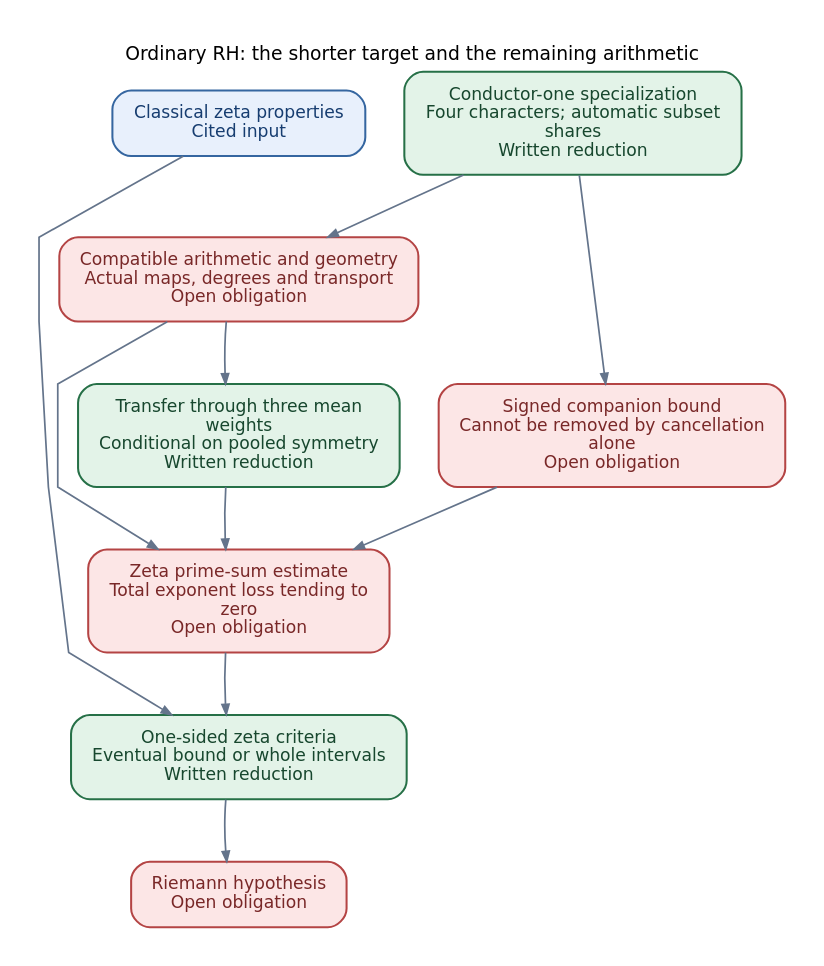
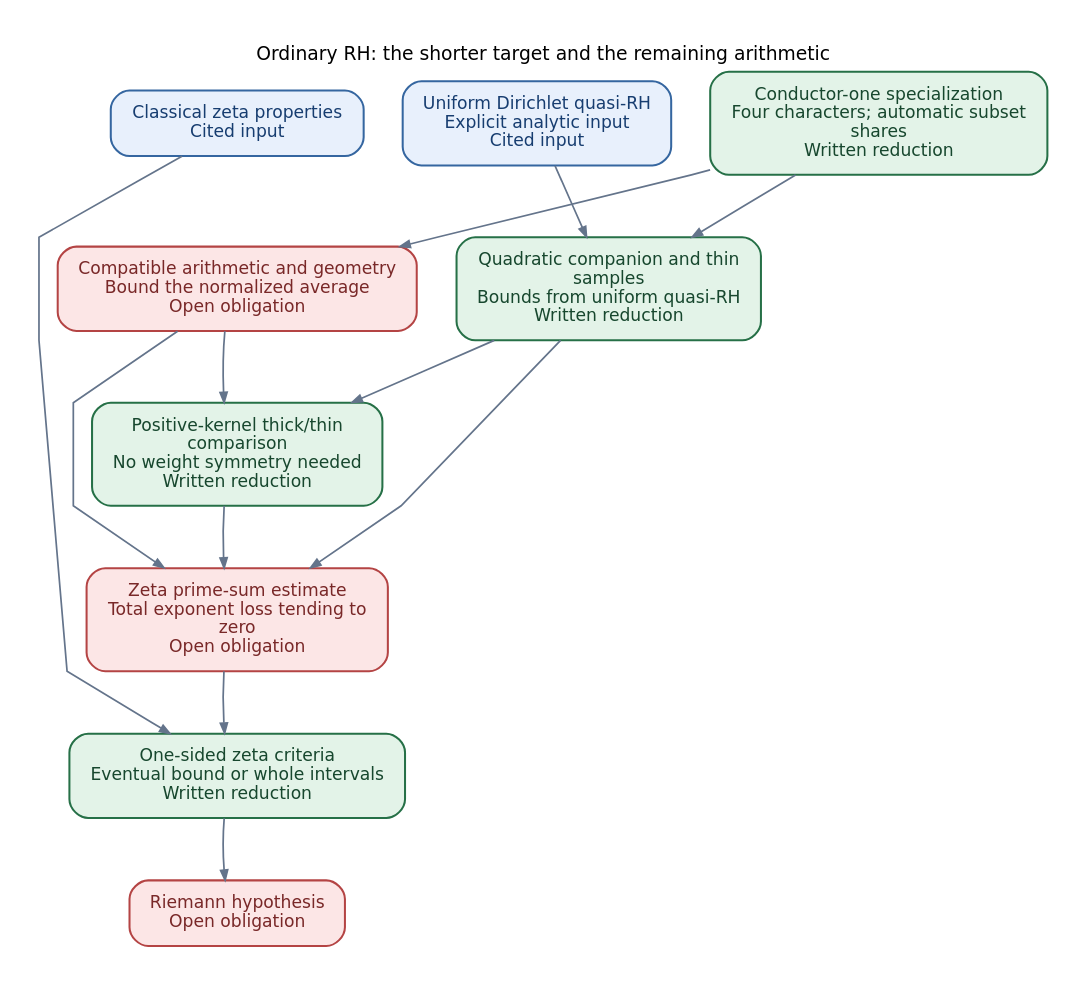
Before and after one commit to JoseBrox/GRH_distillation: the diagram in blueprint/rh.dot, drawn with Graphviz. The commit also changed 42 other files, not shown here.

```diff
--- a/blueprint/rh.dot
+++ b/blueprint/rh.dot
@@ -1,39 +1,43 @@
 digraph proof {
 graph [rankdir=TB, bgcolor="white", pad="0.24", nodesep="0.30", ranksep="0.48",
   fontname="DejaVu Sans", fontsize=12, labelloc=t, label="Ordinary RH: the shorter target and the remaining arithmetic", splines=polyline];
 node [shape=box, style="rounded,filled", fontname="DejaVu Sans", fontsize=11,
   margin="0.18,0.12", penwidth=1.3];
 edge [color="#64748B", penwidth=1.1, arrowsize=0.65];
 graph [nodesep="0.35", ranksep="0.55"];
 "rh_classical" [label="Classical zeta properties\nCited input", fillcolor="#E8F0FC", color="#3566A0", fontcolor="#173D70"];
+"rh_qrh" [label="Uniform Dirichlet quasi-RH\nExplicit analytic input\nCited input", fillcolor="#E8F0FC", color="#3566A0", fontcolor="#173D70"];
 "rh_four" [label="Conductor-one specialization\nFour characters; automatic subset\nshares\nWritten reduction", fillcolor="#E3F3E8", color="#267047", fontcolor="#17472E"];
-"rh_data" [label="Compatible arithmetic and geometry\nActual maps, degrees and transport\nOpen obligation", fillcolor="#FCE6E6", color="#B44444", fontcolor="#792828"];
-"rh_transfer" [label="Transfer through three mean\nweights\nConditional on pooled symmetry\nWritten reduction", fillcolor="#E3F3E8", color="#267047", fontcolor="#17472E"];
-"rh_companion" [label="Signed companion bound\nCannot be removed by cancellation\nalone\nOpen obligation", fillcolor="#FCE6E6", color="#B44444", fontcolor="#792828"];
+"rh_data" [label="Compatible arithmetic and geometry\nBound the normalized average\nOpen obligation", fillcolor="#FCE6E6", color="#B44444", fontcolor="#792828"];
+"rh_transfer" [label="Positive-kernel thick/thin\ncomparison\nNo weight symmetry needed\nWritten reduction", fillcolor="#E3F3E8", color="#267047", fontcolor="#17472E"];
+"rh_companion" [label="Quadratic companion and thin\nsamples\nBounds from uniform quasi-RH\nWritten reduction", fillcolor="#E3F3E8", color="#267047", fontcolor="#17472E"];
 "rh_bound" [label="Zeta prime-sum estimate\nTotal exponent loss tending to\nzero\nOpen obligation", fillcolor="#FCE6E6", color="#B44444", fontcolor="#792828"];
 "rh_criterion" [label="One-sided zeta criteria\nEventual bound or whole intervals\nWritten reduction", fillcolor="#E3F3E8", color="#267047", fontcolor="#17472E"];
 "rh_goal" [label="Riemann hypothesis\nOpen obligation", fillcolor="#FCE6E6", color="#B44444", fontcolor="#792828"];
 "rh_four" -> "rh_data";
 "rh_four" -> "rh_companion";
+"rh_qrh" -> "rh_companion";
 "rh_data" -> "rh_transfer";
+"rh_companion" -> "rh_transfer";
 "rh_data" -> "rh_bound";
 "rh_transfer" -> "rh_bound";
 "rh_companion" -> "rh_bound";
 "rh_bound" -> "rh_criterion";
 "rh_classical" -> "rh_criterion";
 "rh_criterion" -> "rh_goal";
-{rank=same; "rh_classical"; "rh_four";}
-{rank=same; "rh_data";}
-{rank=same; "rh_transfer"; "rh_companion";}
+{rank=same; "rh_classical"; "rh_qrh"; "rh_four";}
+{rank=same; "rh_data"; "rh_companion";}
+{rank=same; "rh_transfer";}
 {rank=same; "rh_bound";}
 {rank=same; "rh_criterion";}
 {rank=same; "rh_goal";}
 // Invisible edges below control layout only; they are not proof interfaces.
-"rh_classical" -> "rh_four" [style=invis, weight=50];
-"rh_transfer" -> "rh_companion" [style=invis, weight=50];
+"rh_classical" -> "rh_qrh" [style=invis, weight=50];
+"rh_qrh" -> "rh_four" [style=invis, weight=50];
+"rh_data" -> "rh_companion" [style=invis, weight=50];
 "rh_classical" -> "rh_data" [style=invis, weight=50];
 "rh_data" -> "rh_transfer" [style=invis, weight=50];
 "rh_transfer" -> "rh_bound" [style=invis, weight=50];
 "rh_bound" -> "rh_criterion" [style=invis, weight=50];
 "rh_criterion" -> "rh_goal" [style=invis, weight=50];
 }
```
